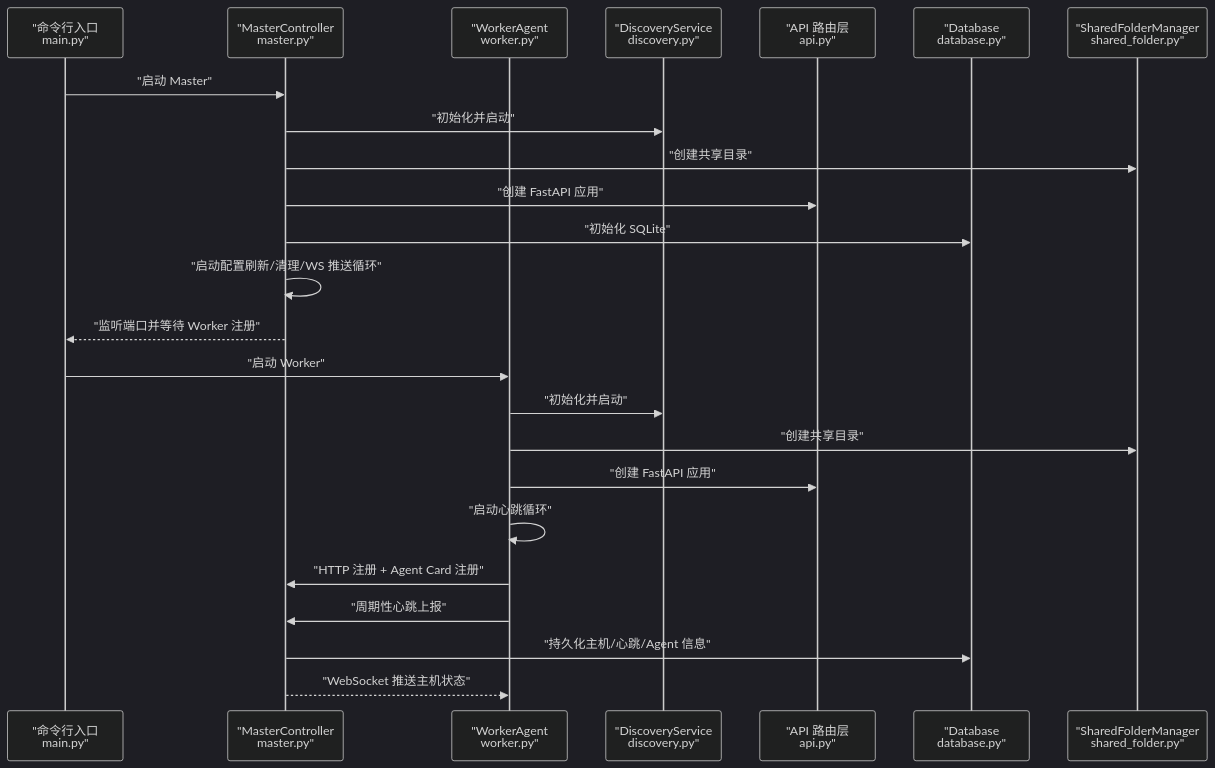
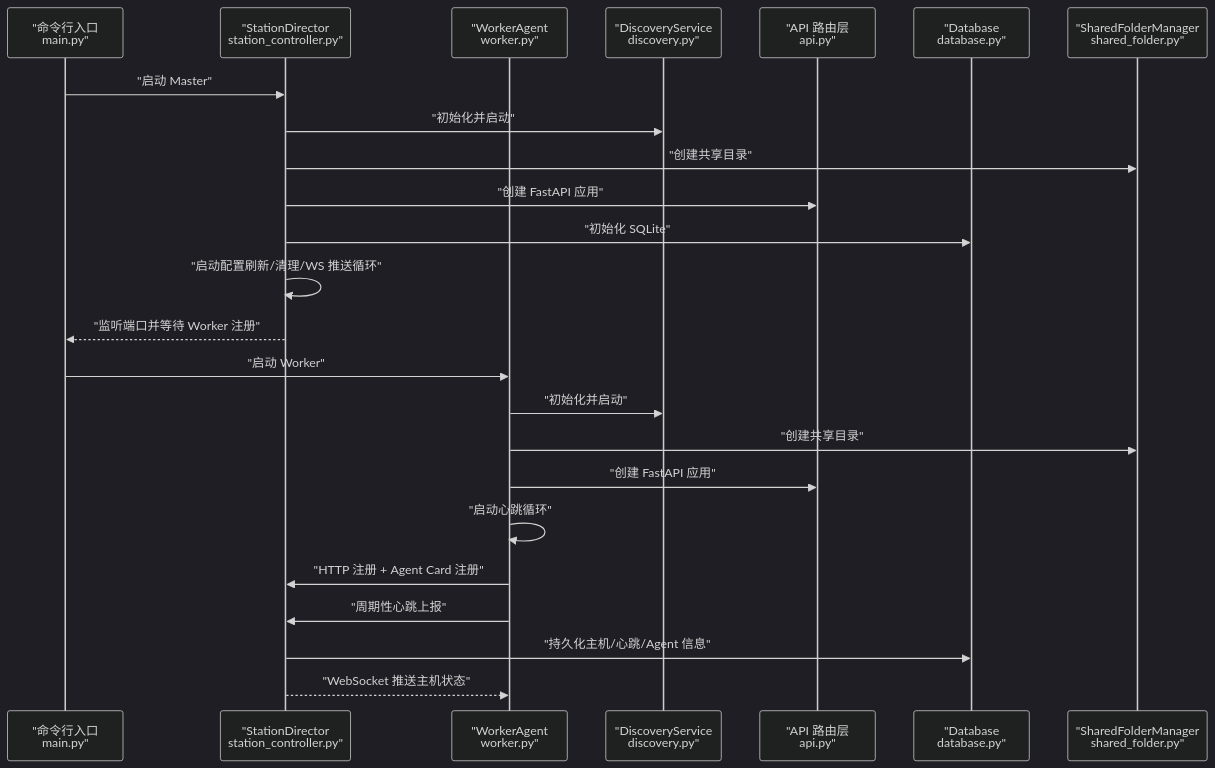
Before and after one commit to targalian/Personal-distributed-workstation: the second of 7 diagrams in .qoder/repowiki/zh/content/前端应用架构/Tauri 框架集成/服务集成.md, drawn with Mermaid (dark theme). The commit also changed other lines of this file and 63 other files, not shown here.

Commit message:
docs(station): 同步 repo wiki 至 station_controller/station_api 架构

````diff
--- a/.qoder/repowiki/zh/content/前端应用架构/Tauri 框架集成/服务集成.md
+++ b/.qoder/repowiki/zh/content/前端应用架构/Tauri 框架集成/服务集成.md
@@ -132,26 +132,26 @@
 ```mermaid
 sequenceDiagram
 participant CLI as "命令行入口<br/>main.py"
-participant MC as "MasterController<br/>master.py"
+participant MC as "StationDirector<br/>station_controller.py"
 participant WC as "WorkerAgent<br/>worker.py"
 participant DS as "DiscoveryService<br/>discovery.py"
 participant API as "API 路由层<br/>api.py"
 participant DB as "Database<br/>database.py"
 participant SF as "SharedFolderManager<br/>shared_folder.py"
 CLI->>MC : "启动 Master"
 MC->>DS : "初始化并启动"
 MC->>SF : "创建共享目录"
 MC->>API : "创建 FastAPI 应用"
 MC->>DB : "初始化 SQLite"
 MC->>MC : "启动配置刷新/清理/WS 推送循环"
 MC-->>CLI : "监听端口并等待 Worker 注册"
 CLI->>WC : "启动 Worker"
 WC->>DS : "初始化并启动"
 WC->>SF : "创建共享目录"
 WC->>API : "创建 FastAPI 应用"
 WC->>WC : "启动心跳循环"
 WC->>MC : "HTTP 注册 + Agent Card 注册"
 WC->>MC : "周期性心跳上报"
 MC->>DB : "持久化主机/心跳/Agent 信息"
 MC-->>WC : "WebSocket 推送主机状态"
 ```
````
